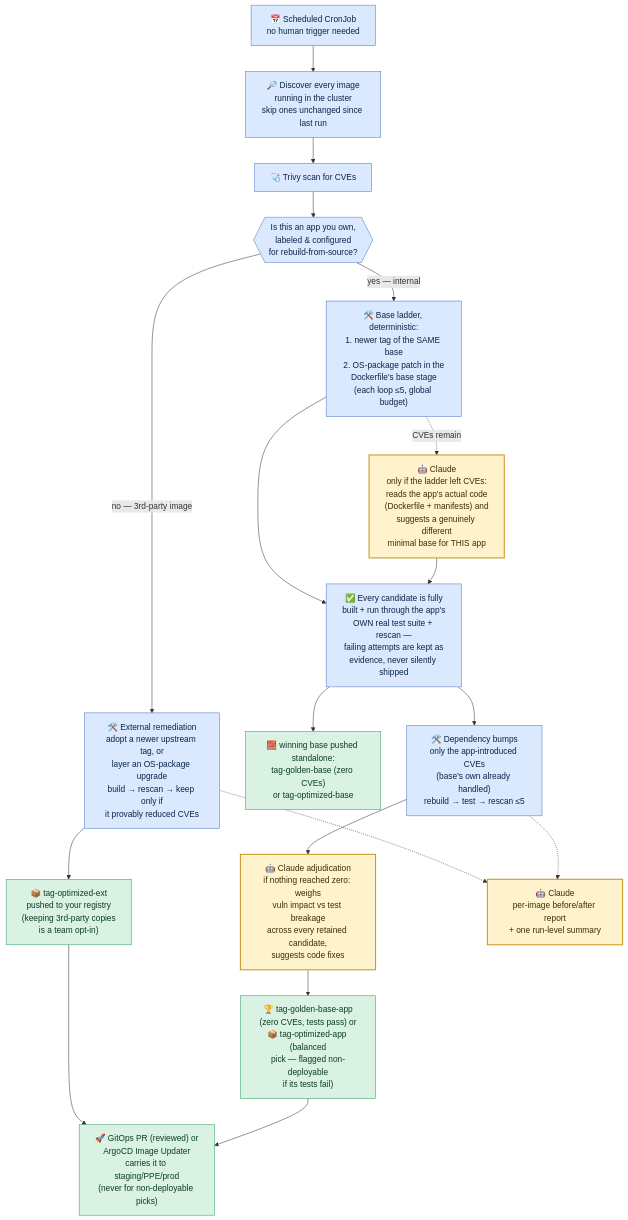
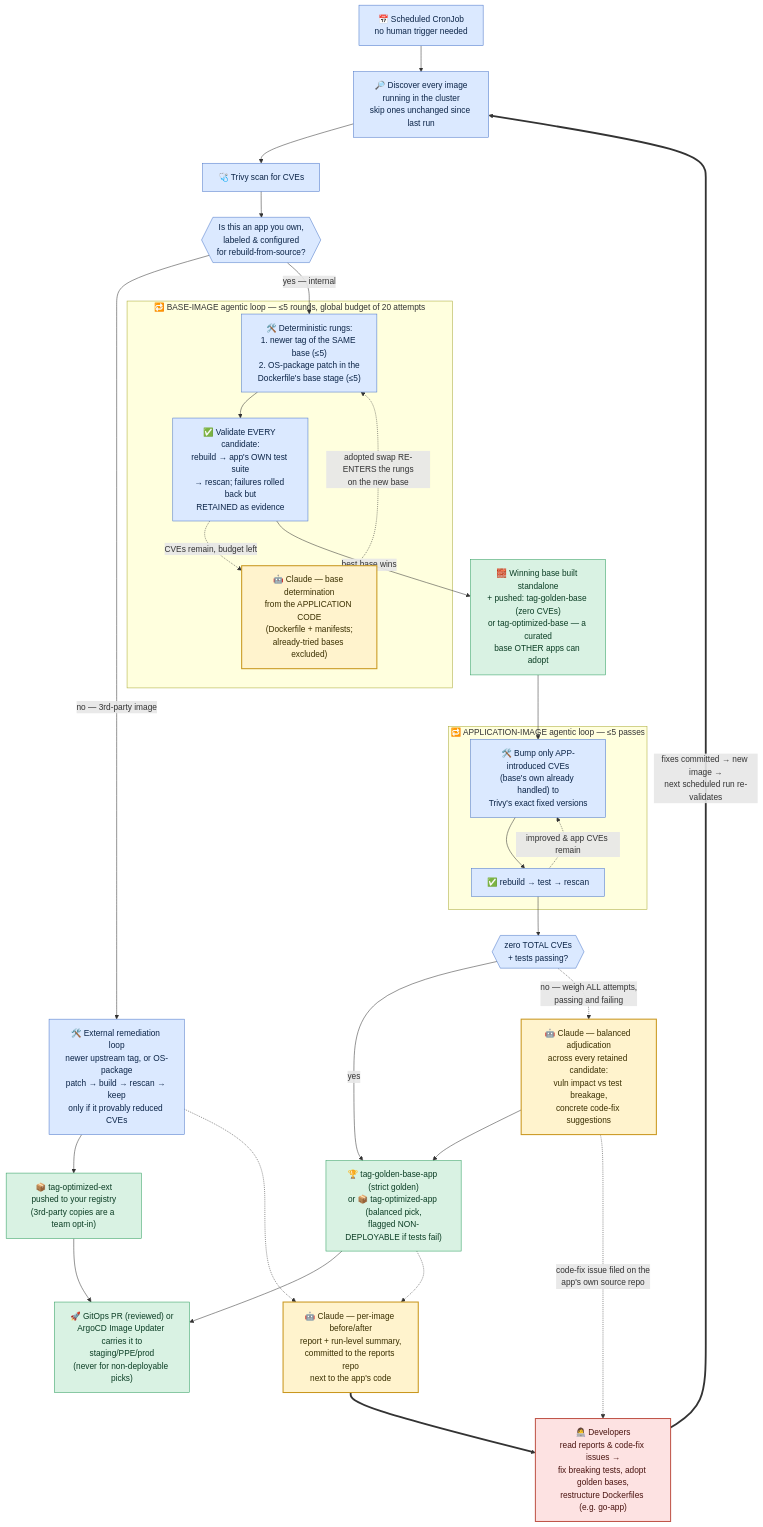
The diagram in README.md (sgrsaga/vuln-agent), drawn with Mermaid before and after one commit. The commit also changed other lines of this file and 1 other file, not shown here.

Commit message:
feat: Add diagram to README for agentic flow visualization

````diff
--- a/README.md
+++ b/README.md
@@ -13,31 +17,54 @@
 ```mermaid
 flowchart TD
     classDef llm fill:#fff3cd,stroke:#c9971e,stroke-width:2px,color:#3a2f00
     classDef det fill:#dbe9ff,stroke:#4a76c9,stroke-width:1px,color:#0b2447
     classDef out fill:#d9f2e3,stroke:#2f9e5f,stroke-width:1px,color:#0b3d24
+    classDef ppl fill:#fde2e2,stroke:#c0564a,stroke-width:2px,color:#4a1410
 
     CRON["📅 Scheduled CronJob<br/>no human trigger needed"]:::det
     DISC["🔎 Discover every image<br/>running in the cluster<br/>skip ones unchanged since last run"]:::det
     SCAN["🩺 Trivy scan for CVEs"]:::det
     OWNEDQ{{"Is this an app you own,<br/>labeled & configured<br/>for rebuild-from-source?"}}:::det
-    REMED["🛠️ External remediation<br/>adopt a newer upstream tag, or<br/>layer an OS-package upgrade<br/>build → rescan → keep only if<br/>it provably reduced CVEs"]:::det
-    OPT["📦 tag-optimized-ext<br/>pushed to your registry<br/>(keeping 3rd-party copies<br/>is a team opt-in)"]:::out
-    LADDER["🛠️ Base ladder, deterministic:<br/>1. newer tag of the SAME base<br/>2. OS-package patch in the<br/>Dockerfile's base stage<br/>(each loop ≤5, global budget)"]:::det
-    T2["🤖 Claude<br/>only if the ladder left CVEs:<br/>reads the app's actual code<br/>(Dockerfile + manifests) and<br/>suggests a genuinely different<br/>minimal base for THIS app"]:::llm
-    TEST["✅ Every candidate is fully<br/>built + run through the app's<br/>OWN real test suite + rescan —<br/>failing attempts are kept as<br/>evidence, never silently shipped"]:::det
-    BASEART["🧱 winning base pushed standalone:<br/>tag-golden-base (zero CVEs)<br/>or tag-optimized-base"]:::out
-    DEP["🛠️ Dependency bumps<br/>only the app-introduced CVEs<br/>(base's own already handled)<br/>rebuild → test → rescan ≤5"]:::det
-    JUDGE["🤖 Claude adjudication<br/>if nothing reached zero: weighs<br/>vuln impact vs test breakage<br/>across every retained candidate,<br/>suggests code fixes"]:::llm
-    GOLDEN["🏆 tag-golden-base-app<br/>(zero CVEs, tests pass) or<br/>📦 tag-optimized-app (balanced<br/>pick — flagged non-deployable<br/>if its tests fail)"]:::out
-    SUMMARY["🤖 Claude<br/>per-image before/after report<br/>+ one run-level summary"]:::llm
-    PROMO["🚀 GitOps PR (reviewed) or<br/>ArgoCD Image Updater<br/>carries it to staging/PPE/prod<br/>(never for non-deployable picks)"]:::out
+    REMED["🛠️ External remediation loop<br/>newer upstream tag, or OS-package<br/>patch → build → rescan → keep<br/>only if it provably reduced CVEs"]:::det
+    OPT["📦 tag-optimized-ext<br/>pushed to your registry<br/>(3rd-party copies are a team opt-in)"]:::out
+
+    subgraph PHASEA["🔁 BASE-IMAGE agentic loop — ≤5 rounds, global budget of 20 attempts"]
+        LADDER["🛠️ Deterministic rungs:<br/>1. newer tag of the SAME base (≤5)<br/>2. OS-package patch in the<br/>Dockerfile's base stage (≤5)"]:::det
+        TESTA["✅ Validate EVERY candidate:<br/>rebuild → app's OWN test suite<br/>→ rescan; failures rolled back but<br/>RETAINED as evidence"]:::det
+        T2["🤖 Claude — base determination<br/>from the APPLICATION CODE<br/>(Dockerfile + manifests;<br/>already-tried bases excluded)"]:::llm
+        LADDER --> TESTA
+        TESTA -. "CVEs remain, budget left" .-> T2
+        T2 -. "adopted swap RE-ENTERS the rungs<br/>on the new base" .-> LADDER
+    end
+
+    BASEART["🧱 Winning base built standalone<br/>+ pushed: tag-golden-base (zero CVEs)<br/>or tag-optimized-base — a curated<br/>base OTHER apps can adopt"]:::out
+
+    subgraph PHASEB["🔁 APPLICATION-IMAGE agentic loop — ≤5 passes"]
+        DEP["🛠️ Bump only APP-introduced CVEs<br/>(base's own already handled) to<br/>Trivy's exact fixed versions"]:::det
+        TESTB["✅ rebuild → test → rescan"]:::det
+        DEP --> TESTB
+        TESTB -. "improved & app CVEs remain" .-> DEP
+    end
+
+    OUTQ{{"zero TOTAL CVEs<br/>+ tests passing?"}}:::det
+    JUDGE["🤖 Claude — balanced adjudication<br/>across every retained candidate:<br/>vuln impact vs test breakage,<br/>concrete code-fix suggestions"]:::llm
+    GOLDEN["🏆 tag-golden-base-app (strict golden)<br/>or 📦 tag-optimized-app (balanced pick,<br/>flagged NON-DEPLOYABLE if tests fail)"]:::out
+    SUMMARY["🤖 Claude — per-image before/after<br/>report + run-level summary,<br/>committed to the reports repo<br/>next to the app's code"]:::llm
+    DEV["👩‍💻 Developers<br/>read reports & code-fix issues →<br/>fix breaking tests, adopt golden bases,<br/>restructure Dockerfiles (e.g. go-app)"]:::ppl
+    PROMO["🚀 GitOps PR (reviewed) or<br/>ArgoCD Image Updater carries it to<br/>staging/PPE/prod<br/>(never for non-deployable picks)"]:::out
 
     CRON --> DISC --> SCAN --> OWNEDQ
-    OWNEDQ -->|no — 3rd-party image| REMED --> OPT --> PROMO
-    OWNEDQ -->|yes — internal| LADDER --> TEST
-    LADDER -. CVEs remain .-> T2 --> TEST
-    TEST --> BASEART
-    TEST --> DEP --> JUDGE --> GOLDEN --> PROMO
+    OWNEDQ -->|"no — 3rd-party image"| REMED --> OPT --> PROMO
+    OWNEDQ -->|"yes — internal"| LADDER
+    TESTA -->|"best base wins"| BASEART
+    BASEART --> DEP
+    TESTB --> OUTQ
+    OUTQ -->|yes| GOLDEN
+    OUTQ -. "no — weigh ALL attempts,<br/>passing and failing" .-> JUDGE --> GOLDEN
+    GOLDEN --> PROMO
     REMED -.-> SUMMARY
-    DEP -.-> SUMMARY
+    GOLDEN -.-> SUMMARY
+    SUMMARY ==> DEV
+    JUDGE -. "code-fix issue filed on the<br/>app's own source repo" .-> DEV
+    DEV ==>|"fixes committed → new image →<br/>next scheduled run re-validates"| DISC
 ```
````
